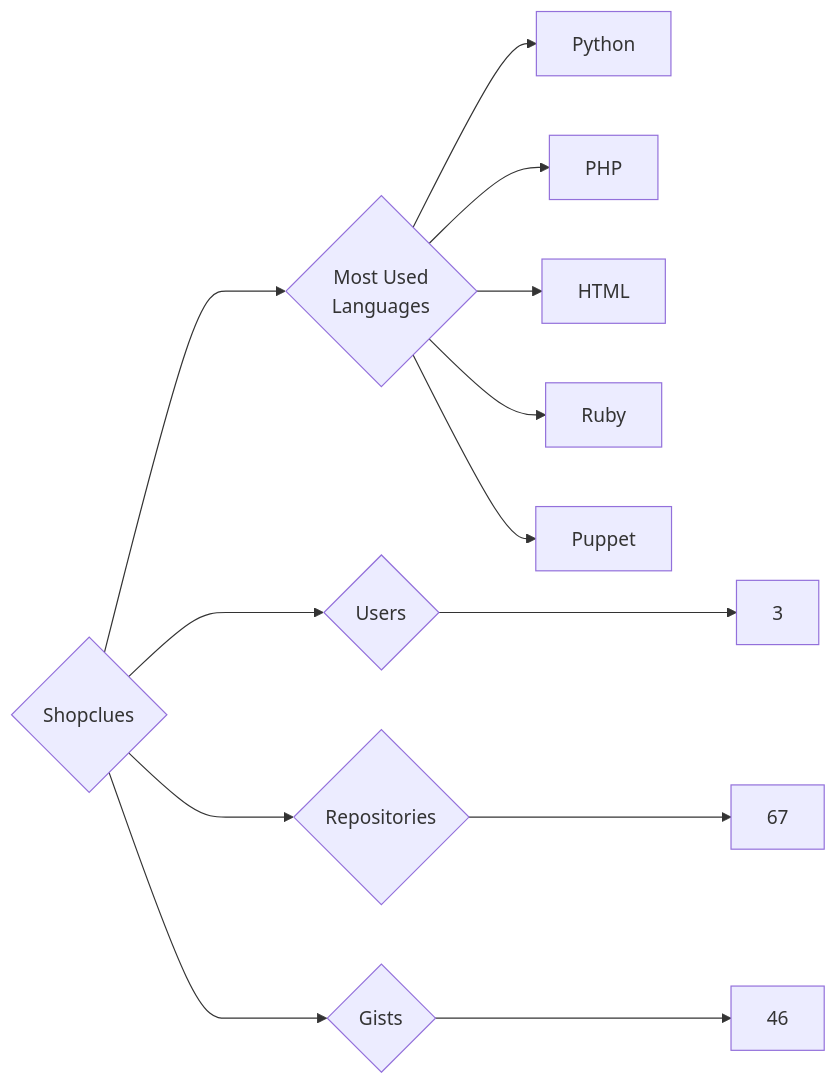
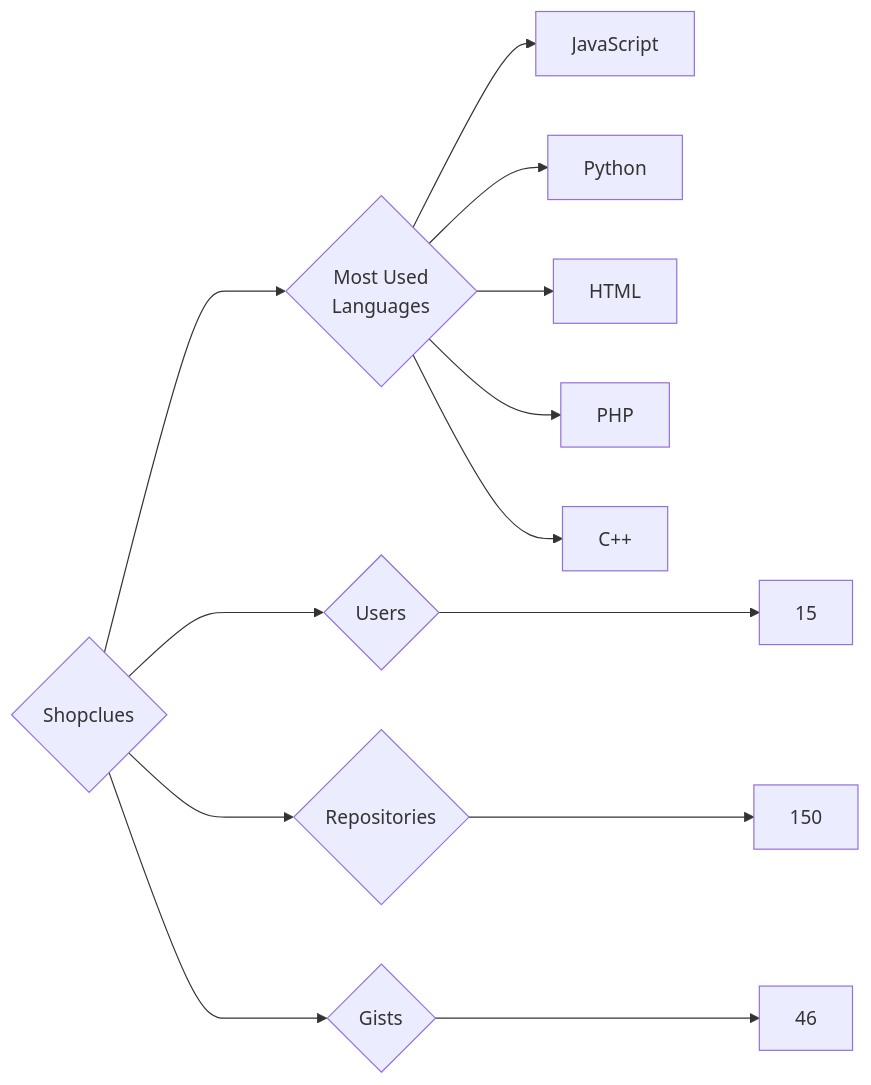
Before and after one commit to trickest/insiders: the diagram in targets/Shopclues/README.md, drawn with Mermaid. The commit also changed 725 other files, not shown here.

````diff
--- a/targets/Shopclues/README.md
+++ b/targets/Shopclues/README.md
@@ -3,13 +3,13 @@
 ```mermaid
 graph LR
 COMPANY_NAME{Shopclues}
-COMPANY_NAME ---> U{Users} ---> UN[3]
-COMPANY_NAME ---> R{Repositories} ---> RN[67]
+COMPANY_NAME ---> U{Users} ---> UN[15]
+COMPANY_NAME ---> R{Repositories} ---> RN[150]
 COMPANY_NAME ---> G{Gists} ---> GN[46]
 COMPANY_NAME ---> ML{Most Used<br>Languages}
+ML --> JavaScript[JavaScript]
 ML --> Python[Python]
+ML --> HTML[HTML]
 ML --> PHP[PHP]
-ML --> HTML[HTML]
-ML --> Ruby[Ruby]
-ML --> Puppet[Puppet]
+ML --> C++[C++]
 ```
````
